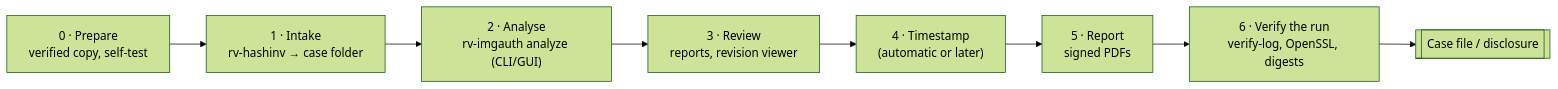
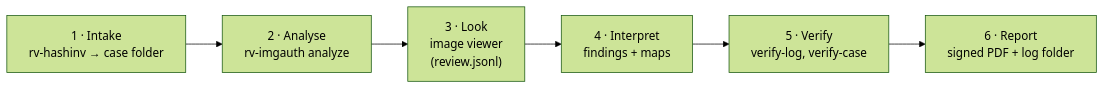
One commit to Panacota96/rv-imgauth changed the diagram in docs/usage.md. Above: the diagram before and after it, drawn with Mermaid (forest theme). The commit also changed other lines of this file and 17 other files, not shown here.

````diff
--- a/docs/usage.md
+++ b/docs/usage.md
@@ -11,10 +8,8 @@
 ```mermaid
 flowchart LR
-    P["0 · Prepare<br/>verified copy, self-test"] --> I["1 · Intake<br/>rv-hashinv → case folder"]
-    I --> A["2 · Analyse<br/>rv-imgauth analyze (CLI/GUI)"]
-    A --> R["3 · Review<br/>reports, revision viewer"]
-    R --> T["4 · Timestamp<br/>(automatic or later)"]
-    T --> S["5 · Report<br/>signed PDFs"]
-    S --> V["6 · Verify the run<br/>verify-log, OpenSSL, digests"]
-    V --> D[["Case file / disclosure"]]
+    A["1 · Intake<br/>rv-hashinv → case folder"] --> B["2 · Analyse<br/>rv-imgauth analyze"]
+    B --> C["3 · Look<br/>image viewer<br/>(review.jsonl)"]
+    C --> D["4 · Interpret<br/>findings + maps"]
+    D --> E["5 · Verify<br/>verify-log, verify-case"]
+    E --> F["6 · Report<br/>signed PDF + log folder"]
 ```
````
